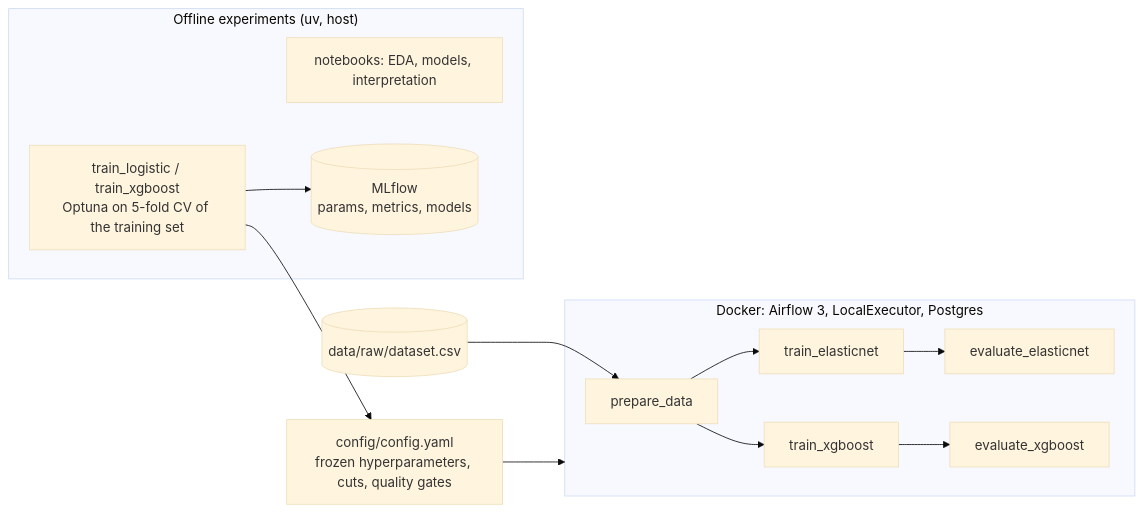
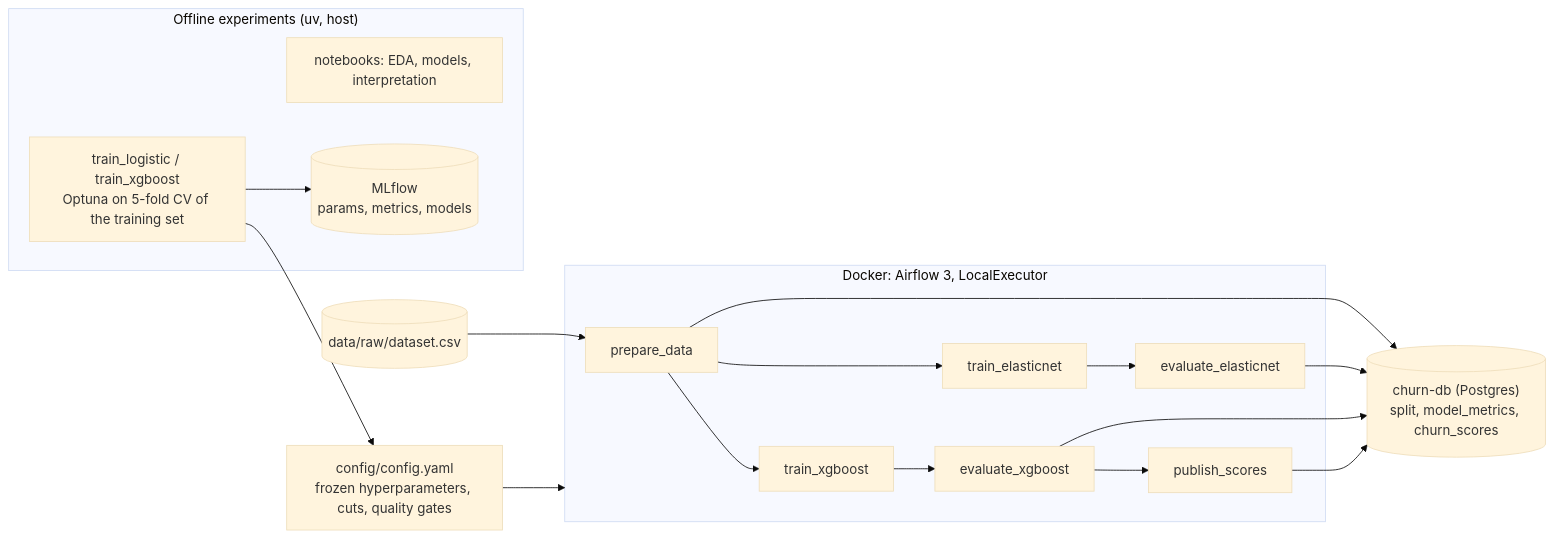
Before and after one commit to mmazzini01/SDG_churn_tech_test: the diagram in README.md, drawn with Mermaid (base theme). The commit also changed other lines of this file and 6 other files, not shown here.

First line of the commit message:
Store the split, metrics and churn scores in Postgres

````diff
--- a/README.md
+++ b/README.md
@@ -23,17 +23,22 @@
 ```mermaid
 flowchart LR
     subgraph offline["Offline experiments (uv, host)"]
         NB["notebooks: EDA, models, interpretation"]
         TR["train_logistic / train_xgboost<br/>Optuna on 5-fold CV of the training set"]
         MLF[("MLflow<br/>params, metrics, models")]
         TR --> MLF
     end
     CFG["config/config.yaml<br/>frozen hyperparameters, cuts, quality gates"]
     TR --> CFG
-    subgraph docker["Docker: Airflow 3, LocalExecutor, Postgres"]
+    subgraph docker["Docker: Airflow 3, LocalExecutor"]
         P[prepare_data] --> TE[train_elasticnet] --> EE[evaluate_elasticnet]
-        P --> TX[train_xgboost] --> EX[evaluate_xgboost]
+        P --> TX[train_xgboost] --> EX[evaluate_xgboost] --> PS[publish_scores]
     end
     CSV[("data/raw/dataset.csv")] --> P
     CFG --> docker
+    DB[("churn-db (Postgres)<br/>split, model_metrics, churn_scores")]
+    P --> DB
+    EE --> DB
+    EX --> DB
+    PS --> DB
 ```
````
